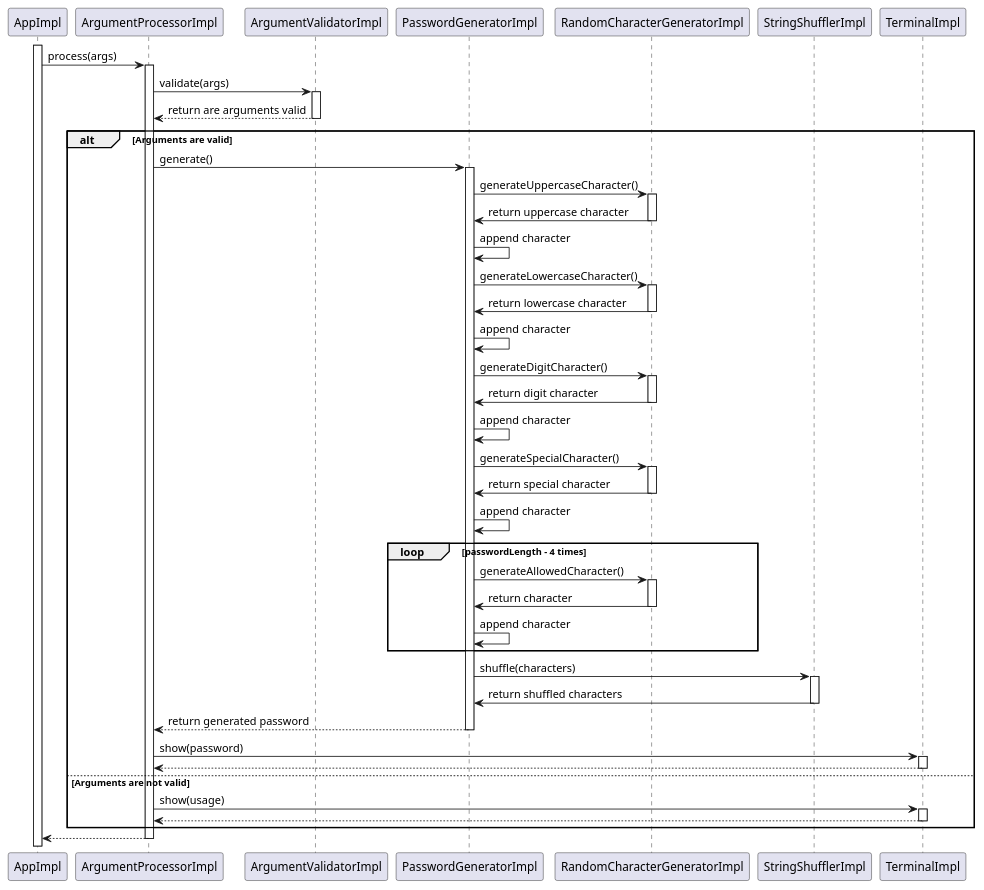
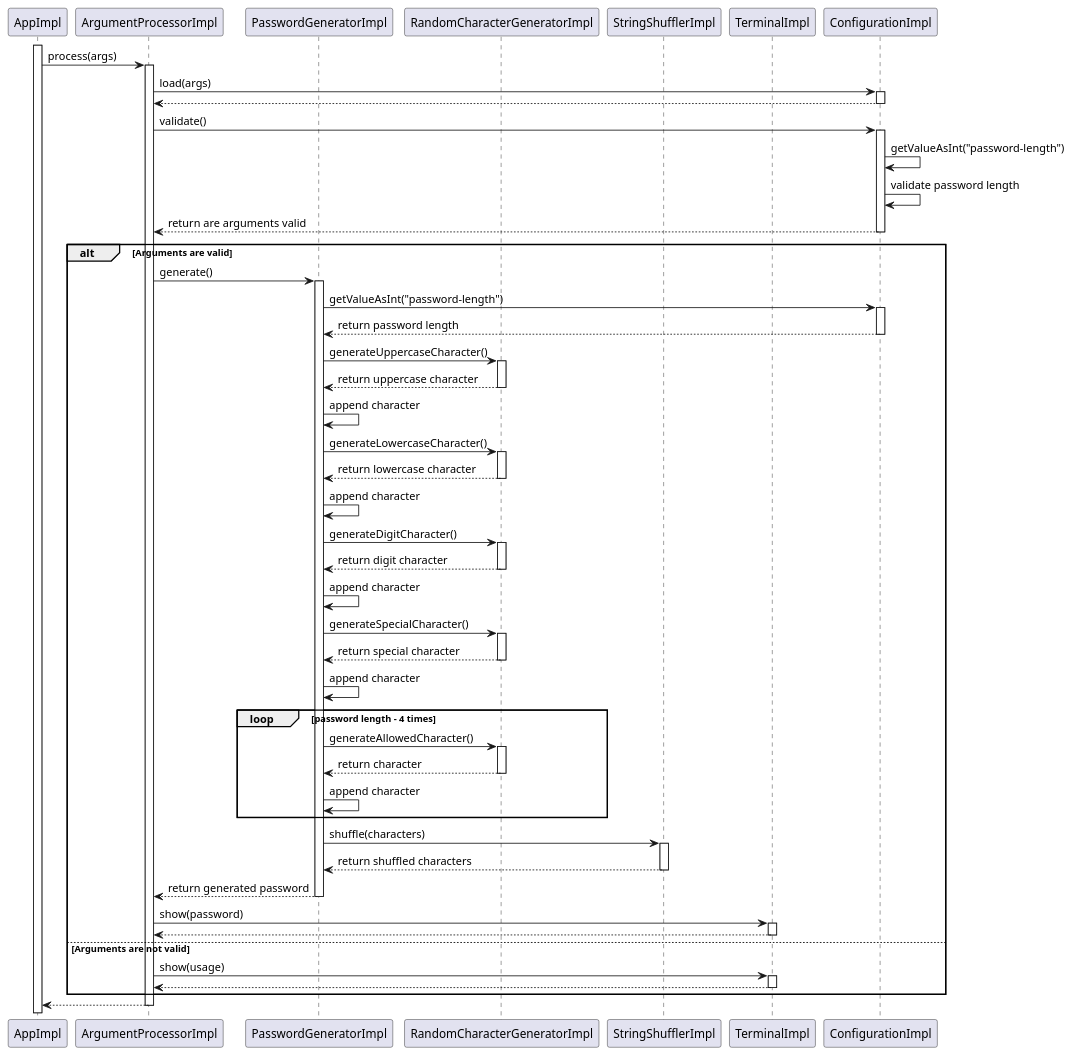
One commit to djvelimir/demo-java-cli changed the diagram in diagrams/Sequence.puml. Above: the diagram before and after it, drawn with PlantUML. The commit also changed 21 other files, not shown here.

First line of the commit message:
feat: Enable customizable password length in CLI

```diff
--- a/diagrams/Sequence.puml
+++ b/diagrams/Sequence.puml
@@ -1,85 +1,99 @@
 @startuml Sequence
 participant AppImpl as app
 participant ArgumentProcessorImpl as argumentProcessor
-participant ArgumentValidatorImpl as argumentValidator
 participant PasswordGeneratorImpl as passwordGenerator
 participant RandomCharacterGeneratorImpl as randomCharacterGenerator
 participant StringShufflerImpl as stringShuffler
 participant TerminalImpl as terminal
+participant ConfigurationImpl as configuration
 
 activate app
 
 app -> argumentProcessor: process(args)
 activate argumentProcessor
 
-argumentProcessor -> argumentValidator: validate(args)
-activate argumentValidator
-argumentProcessor <-- argumentValidator: return are arguments valid
-deactivate argumentValidator
+argumentProcessor -> configuration: load(args)
+activate configuration
+argumentProcessor <-- configuration:
+deactivate configuration
+
+argumentProcessor -> configuration: validate()
+activate configuration
+
+configuration -> configuration: getValueAsInt("password-length")
+configuration -> configuration: validate password length
+
+argumentProcessor <-- configuration: return are arguments valid
+deactivate configuration
 
 alt Arguments are valid
     argumentProcessor -> passwordGenerator: generate()
     activate passwordGenerator
 
+    passwordGenerator -> configuration: getValueAsInt("password-length")
+    activate configuration
+    passwordGenerator <-- configuration: return password length
+    deactivate configuration
+
     passwordGenerator -> randomCharacterGenerator: generateUppercaseCharacter()
     activate randomCharacterGenerator
 
-    randomCharacterGenerator -> passwordGenerator: return uppercase character
+    randomCharacterGenerator --> passwordGenerator: return uppercase character
     deactivate randomCharacterGenerator
     passwordGenerator -> passwordGenerator: append character
 
     passwordGenerator -> randomCharacterGenerator: generateLowercaseCharacter()
     activate randomCharacterGenerator
 
-    randomCharacterGenerator -> passwordGenerator: return lowercase character
+    randomCharacterGenerator --> passwordGenerator: return lowercase character
     deactivate randomCharacterGenerator
     passwordGenerator -> passwordGenerator: append character
 
     passwordGenerator -> randomCharacterGenerator: generateDigitCharacter()
     activate randomCharacterGenerator
 
-    randomCharacterGenerator -> passwordGenerator: return digit character
+    randomCharacterGenerator --> passwordGenerator: return digit character
     deactivate randomCharacterGenerator
     passwordGenerator -> passwordGenerator: append character
 
     passwordGenerator -> randomCharacterGenerator: generateSpecialCharacter()
     activate randomCharacterGenerator
 
-    randomCharacterGenerator -> passwordGenerator: return special character
+    randomCharacterGenerator --> passwordGenerator: return special character
     deactivate randomCharacterGenerator
     passwordGenerator -> passwordGenerator: append character
 
-    loop passwordLength - 4 times
+    loop password length - 4 times
         passwordGenerator -> randomCharacterGenerator: generateAllowedCharacter()
         activate randomCharacterGenerator
 
-        randomCharacterGenerator -> passwordGenerator: return character
+        randomCharacterGenerator --> passwordGenerator: return character
         deactivate randomCharacterGenerator
         passwordGenerator -> passwordGenerator: append character
     end
 
     passwordGenerator -> stringShuffler: shuffle(characters)
     activate stringShuffler
 
-    stringShuffler -> passwordGenerator: return shuffled characters
+    stringShuffler --> passwordGenerator: return shuffled characters
     deactivate stringShuffler
 
     argumentProcessor <-- passwordGenerator: return generated password
     deactivate passwordGenerator
 
     argumentProcessor -> terminal: show(password)
     activate terminal
     argumentProcessor <-- terminal
     deactivate terminal
 
 else Arguments are not valid
     argumentProcessor -> terminal: show(usage)
     activate terminal
     argumentProcessor <-- terminal
     deactivate terminal
 end
 
 app <-- argumentProcessor
 deactivate argumentProcessor
 
 @enduml
```
